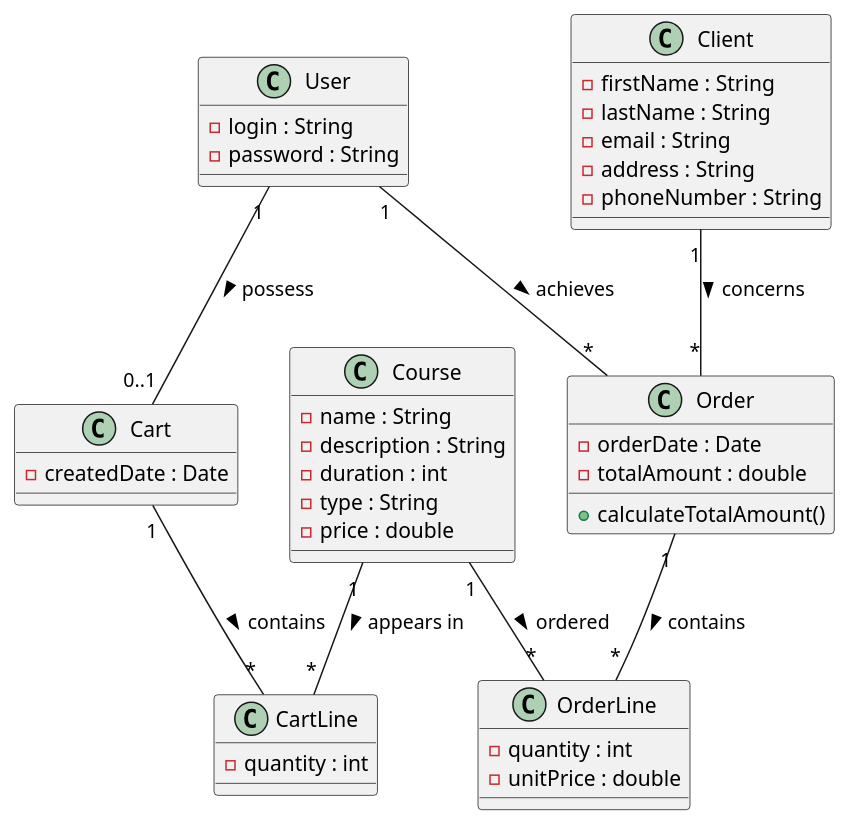
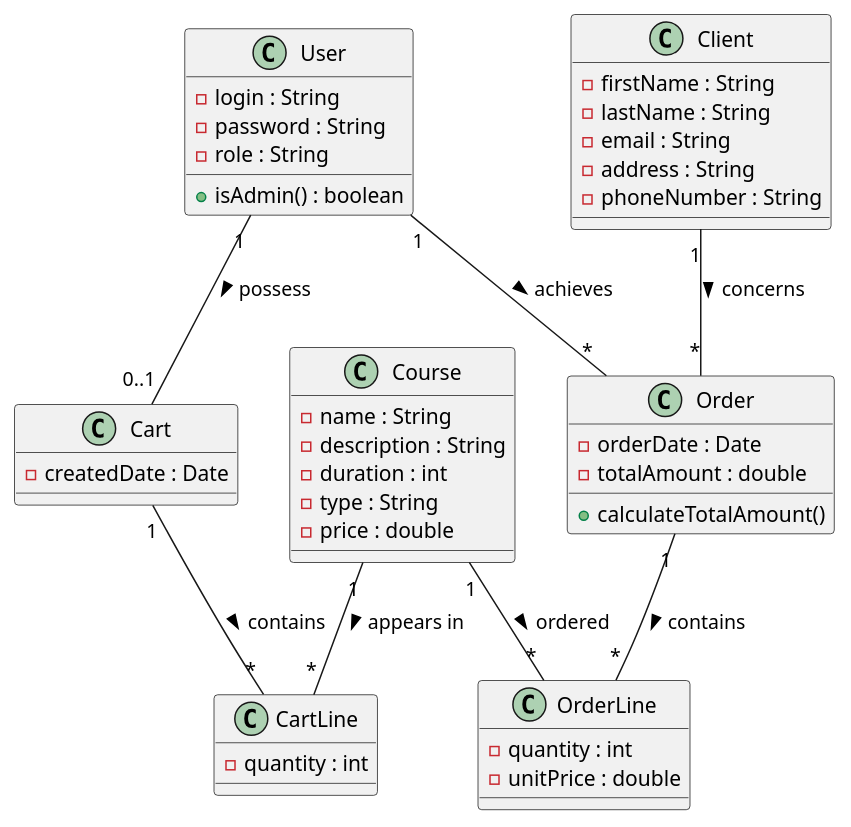
Before and after one commit to john7440/EvaluationJava: the diagram in doc/02-Class/Class.puml, drawn with PlantUML. The commit also changed 1 other file, not shown here.

Commit message:
mise a jour du diagramme de class (ajout de l'attribut role dans user)

```diff
--- a/doc/02-Class/Class.puml
+++ b/doc/02-Class/Class.puml
@@ -1,54 +1,56 @@
 @startuml
 
 class Course {
   - name : String
   - description : String
   - duration : int
   - type : String
   - price : double
 }
 
 class User {
   - login : String
   - password : String
+  - role : String
+  + isAdmin() : boolean
 }
 
 class Client {
   - firstName : String
   - lastName : String
   - email : String
   - address : String
   - phoneNumber : String
 }
 
 class Cart {
   - createdDate : Date
 }
 
 class CartLine {
   - quantity : int
 }
 
 class Order {
   - orderDate : Date
   - totalAmount : double
   + calculateTotalAmount()
 }
 
 class OrderLine {
   - quantity : int
   - unitPrice : double
 }
 
 User "1" -- "0..1" Cart : possess >
 User "1" -- "*" Order : achieves >
 
 Client "1" -- "*" Order : concerns >
 
 Cart "1" -- "*" CartLine : contains >
 Course "1" -- "*" CartLine : appears in >
 
 Order "1" -- "*" OrderLine : contains >
 Course "1" -- "*" OrderLine : ordered >
 
 @enduml
```
